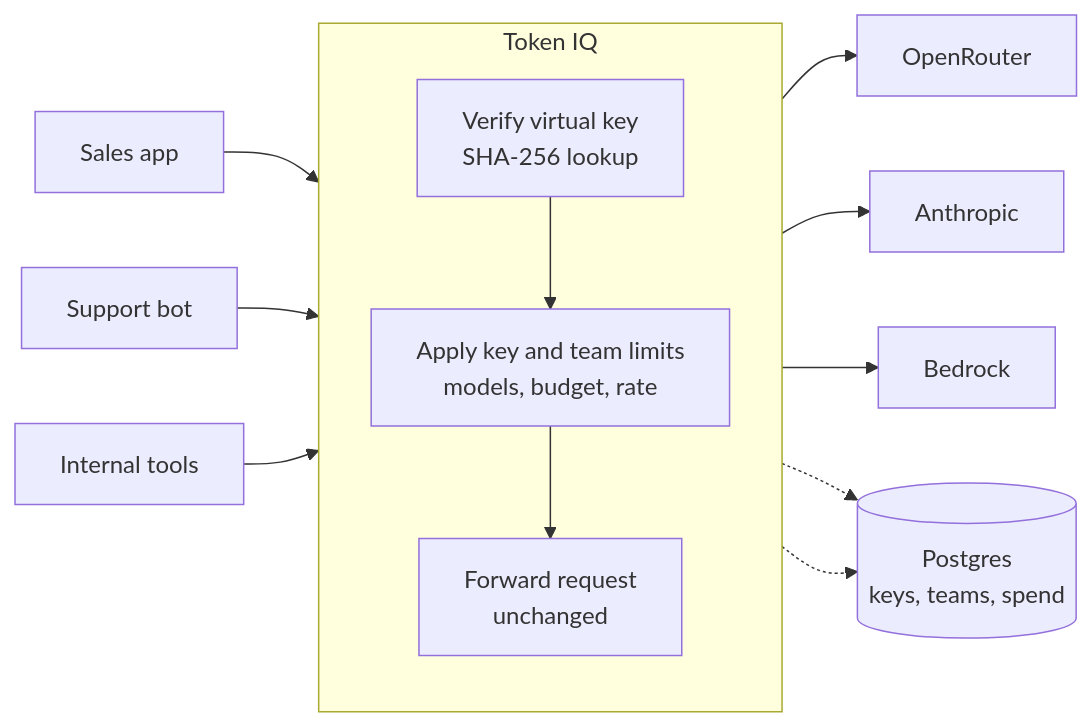
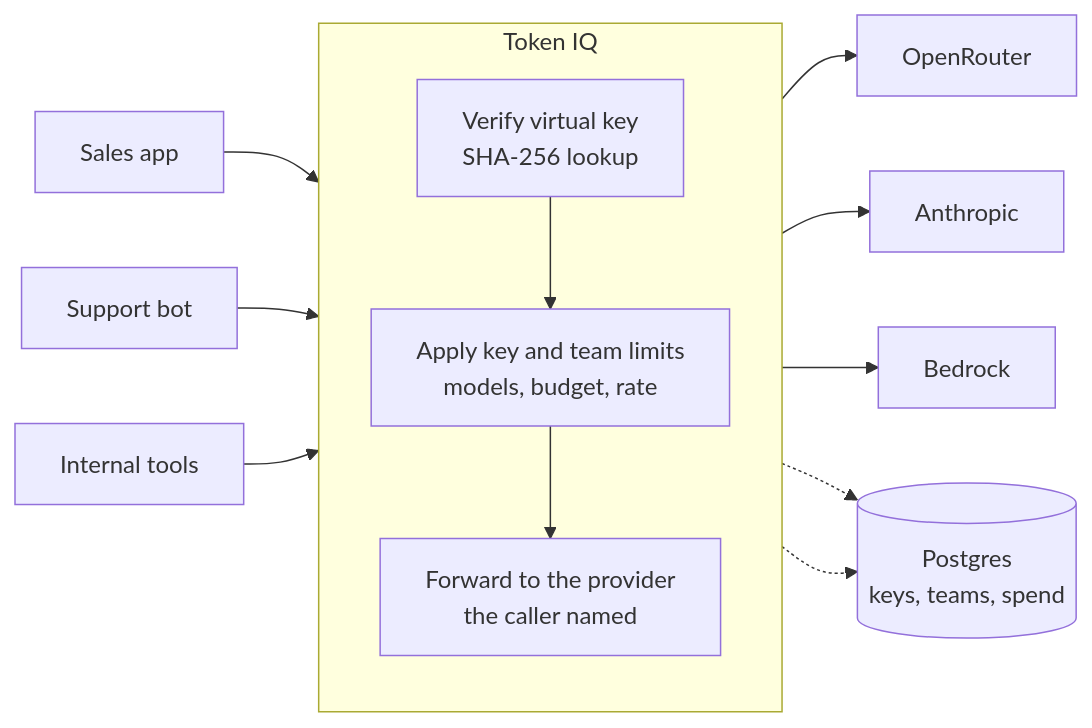
The first of 2 diagrams in README.md (eruvanikhil-nitco/Token_IQ_LLM), drawn with Mermaid before and after one commit. The commit also changed other lines of this file, not shown here.

````diff
--- a/README.md
+++ b/README.md
@@ -11,29 +25,29 @@
 ```mermaid
 flowchart LR
     A1["Sales app"]
     A2["Support bot"]
     A3["Internal tools"]
 
     subgraph gateway ["Token IQ"]
         direction TB
         AUTH["Verify virtual key<br/>SHA-256 lookup"]
         CHECK["Apply key and team limits<br/>models, budget, rate"]
-        FWD["Forward request<br/>unchanged"]
+        FWD["Forward to the provider<br/>the caller named"]
         AUTH --> CHECK --> FWD
     end
 
     P1["OpenRouter"]
     P2["Anthropic"]
     P3["Bedrock"]
 
     DB[("Postgres<br/>keys, teams, spend")]
 
     A1 --> AUTH
     A2 --> AUTH
     A3 --> AUTH
     FWD --> P1
     FWD --> P2
     FWD --> P3
     AUTH -.-> DB
     FWD -.-> DB
 ```
````
